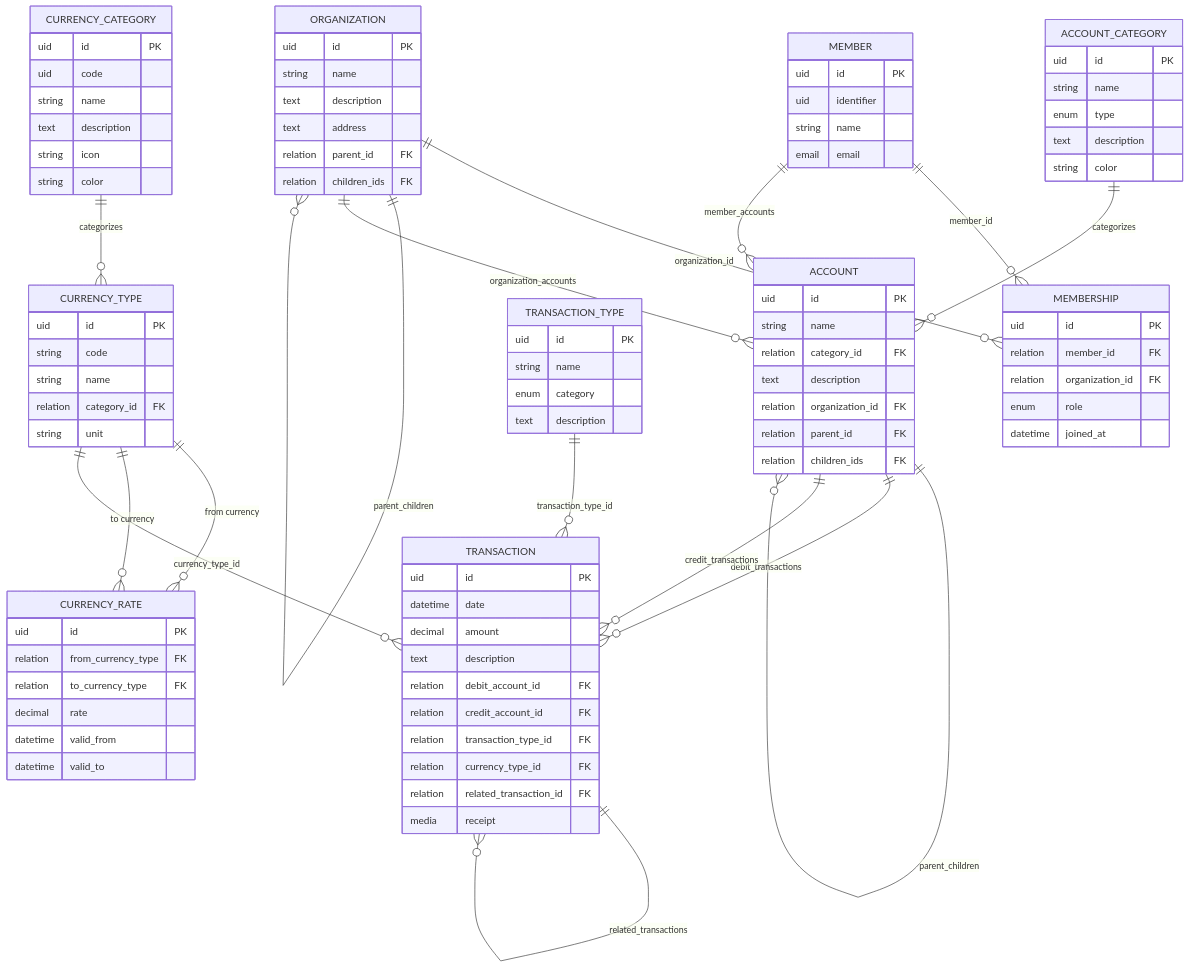
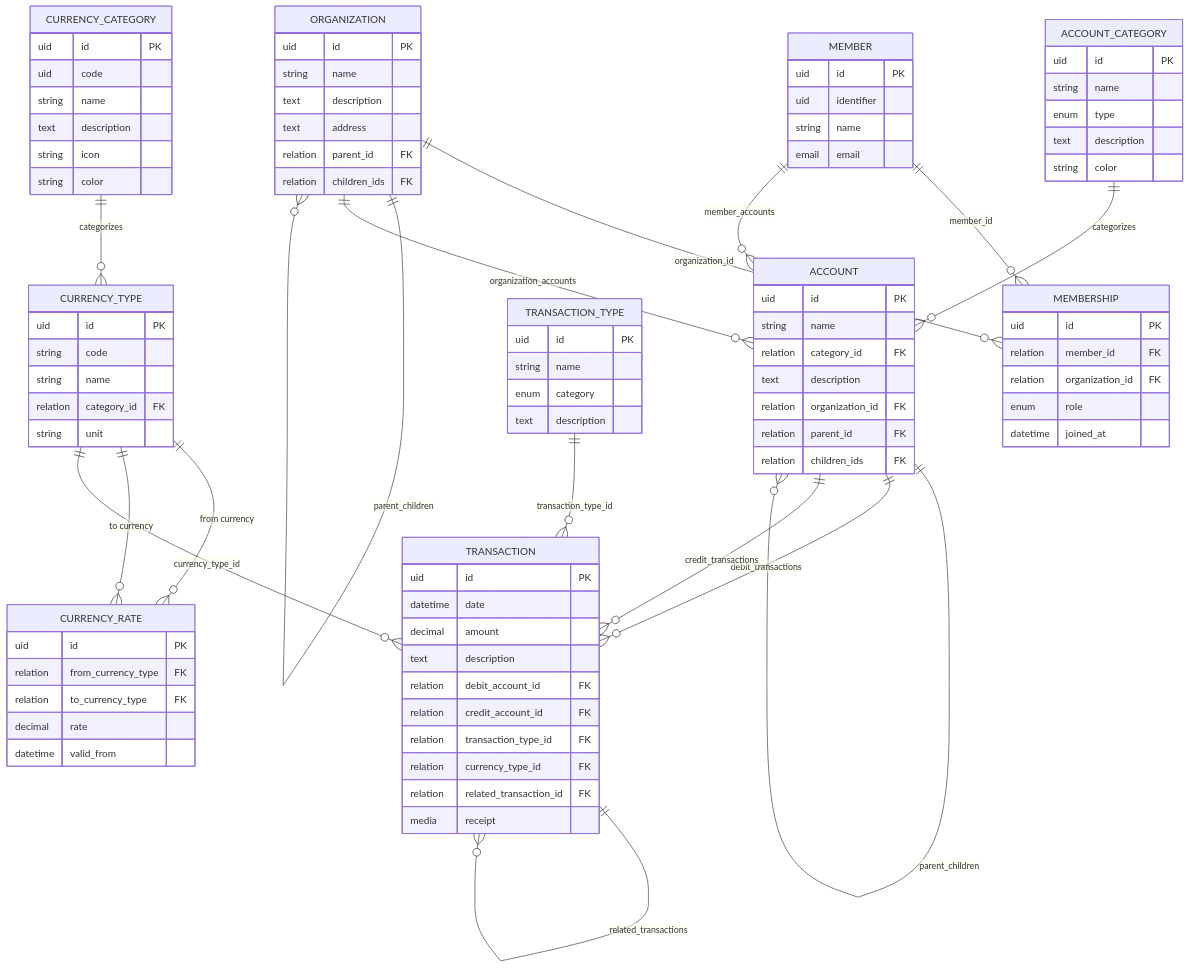
One commit to pitiboy/curr changed the diagram in docs/readme.md. Above: the diagram before and after it, drawn with Mermaid. The commit also changed other lines of this file and 6 other files, not shown here.

```diff
--- a/docs/readme.md
+++ b/docs/readme.md
@@ -104,7 +104,6 @@
         relation to_currency_type FK
         decimal rate
         datetime valid_from
-        datetime valid_to
     }
 
     TRANSACTION_TYPE {
```
